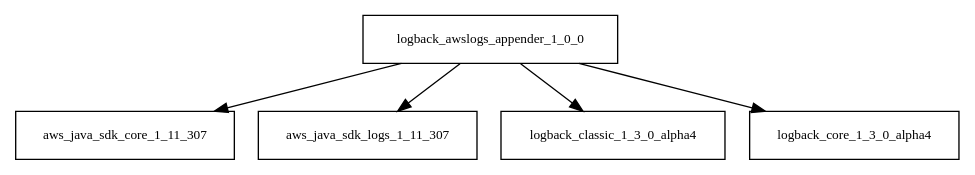
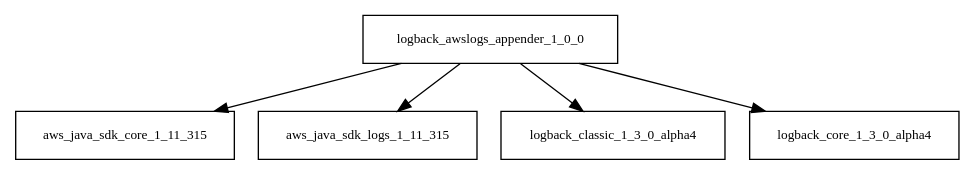
The diagram in tattleTaleReport/graphviz/logback-awslogs-appender-1.0.0.jar/logback-awslogs-appender-1.0.0.jar.dot (sjvs/cia), drawn with Graphviz before and after one commit. The commit also changed 1978 other files, not shown here.

```diff
--- a/tattleTaleReport/graphviz/logback-awslogs-appender-1.0.0.jar/logback-awslogs-appender-1.0.0.jar.dot
+++ b/tattleTaleReport/graphviz/logback-awslogs-appender-1.0.0.jar/logback-awslogs-appender-1.0.0.jar.dot
@@ -1,7 +1,7 @@
 digraph logback_awslogs_appender_1_0_0_dependencies {
   node [shape = box, fontsize=10.0];
-  logback_awslogs_appender_1_0_0 -> aws_java_sdk_core_1_11_307;
-  logback_awslogs_appender_1_0_0 -> aws_java_sdk_logs_1_11_307;
+  logback_awslogs_appender_1_0_0 -> aws_java_sdk_core_1_11_315;
+  logback_awslogs_appender_1_0_0 -> aws_java_sdk_logs_1_11_315;
   logback_awslogs_appender_1_0_0 -> logback_classic_1_3_0_alpha4;
   logback_awslogs_appender_1_0_0 -> logback_core_1_3_0_alpha4;
 }
```
